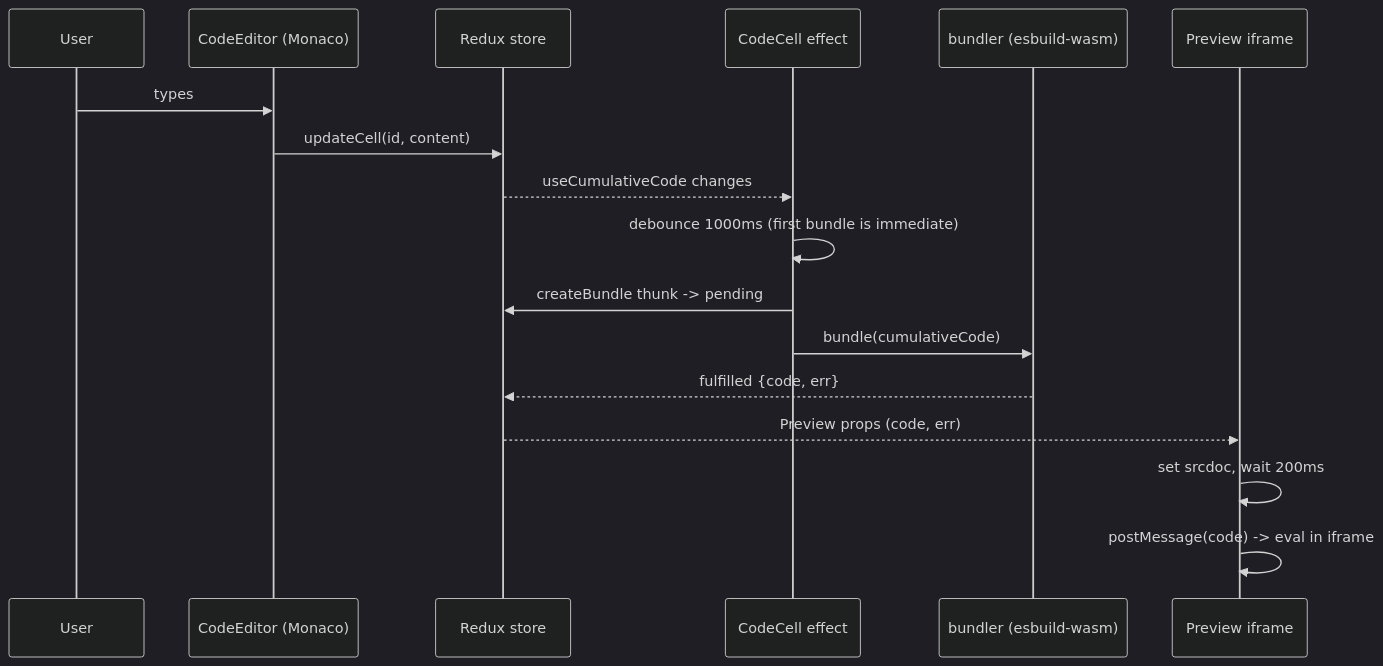
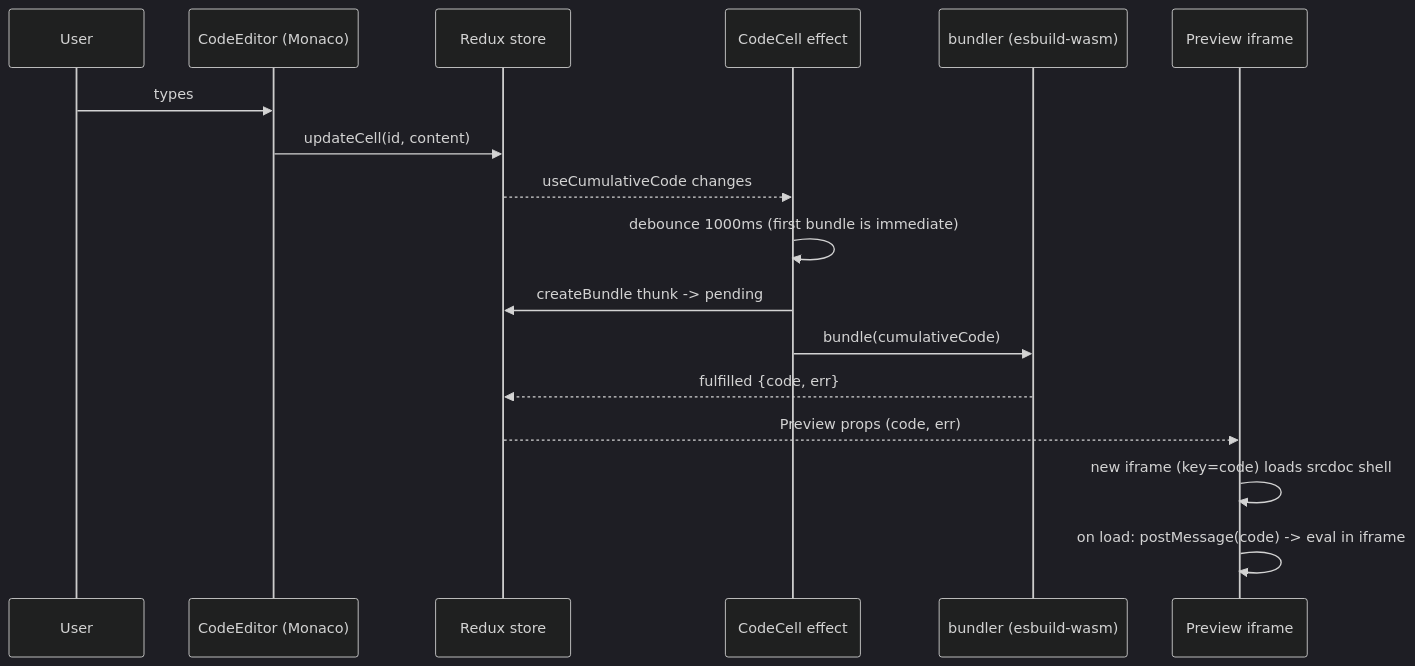
Before and after one commit to AnthonyFlowers/js-browser: the second of 3 diagrams in docs/architecture.md, drawn with Mermaid (dark theme). The commit also changed other lines of this file and 3 other files, not shown here.

Commit message:
JSB-027 Fix blank preview when iframe loads slower than the 200 ms post timer

````diff
--- a/docs/architecture.md
+++ b/docs/architecture.md
@@ -65,19 +65,19 @@
 ```mermaid
 sequenceDiagram
   participant U as User
   participant CE as CodeEditor (Monaco)
   participant S as Redux store
   participant CC as CodeCell effect
   participant B as bundler (esbuild-wasm)
   participant P as Preview iframe
   U->>CE: types
   CE->>S: updateCell(id, content)
   S-->>CC: useCumulativeCode changes
   CC->>CC: debounce 1000ms (first bundle is immediate)
   CC->>S: createBundle thunk -> pending
   CC->>B: bundle(cumulativeCode)
   B-->>S: fulfilled {code, err}
   S-->>P: Preview props (code, err)
-  P->>P: set srcdoc, wait 200ms
-  P->>P: postMessage(code) -> eval in iframe
+  P->>P: new iframe (key=code) loads srcdoc shell
+  P->>P: on load: postMessage(code) -> eval in iframe
 ```
````
